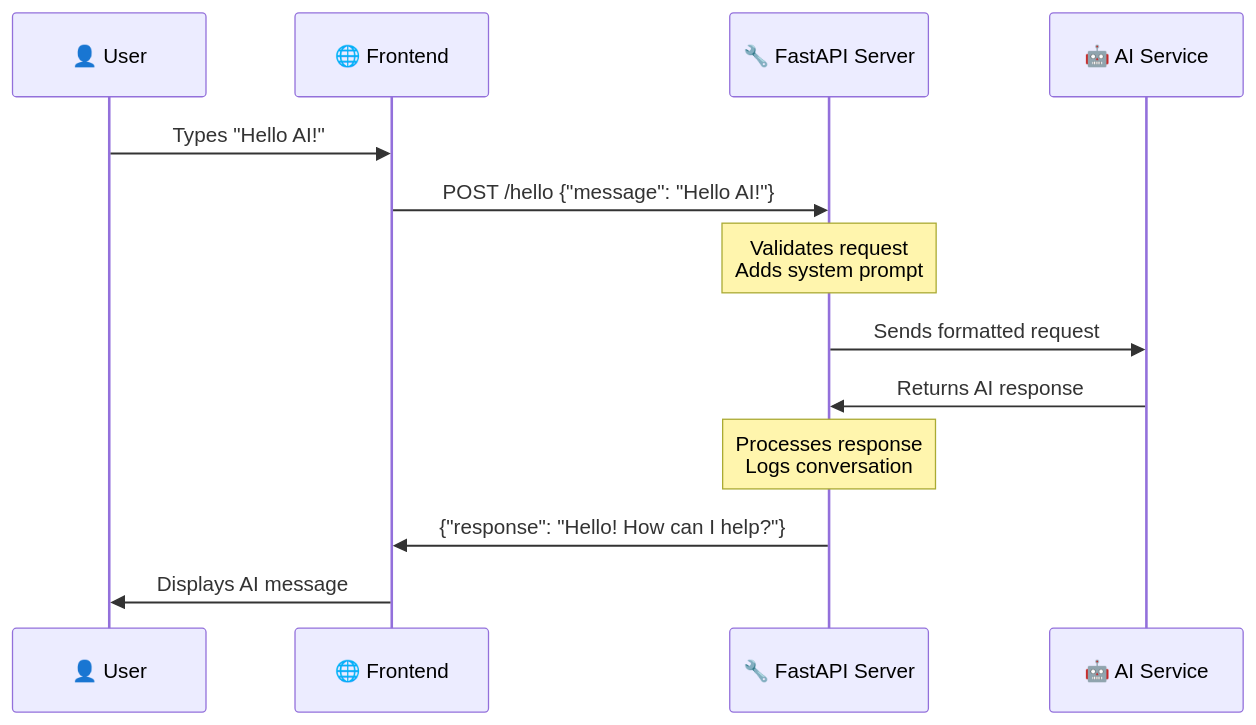
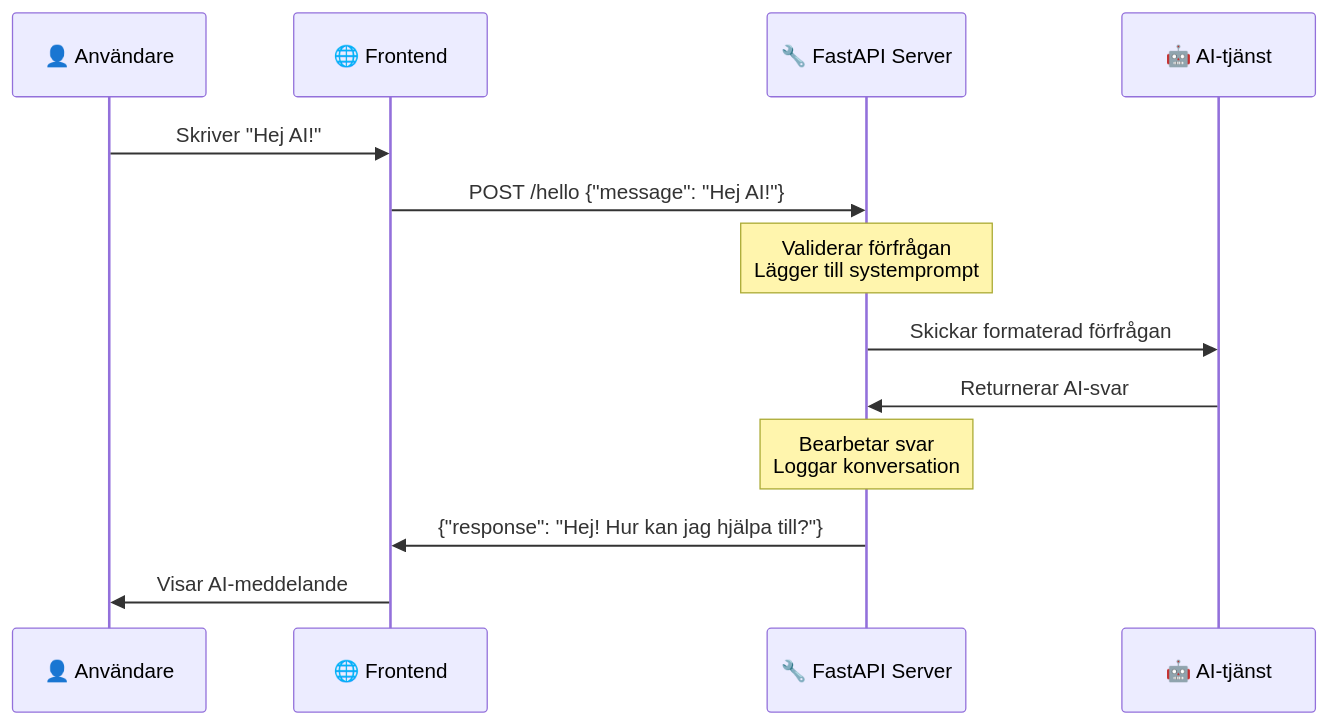
One commit to microsoft/Web-Dev-For-Beginners changed the seventh of 14 diagrams in translations/sv/9-chat-project/README.md. Above: the diagram before and after it, drawn with Mermaid. The commit also changed other lines of this file and 99 other files, not shown here.

````diff
--- a/translations/sv/9-chat-project/README.md
+++ b/translations/sv/9-chat-project/README.md
@@ -493,16 +634,16 @@
 ```mermaid
 sequenceDiagram
-    participant User as 👤 User
+    participant User as 👤 Användare
     participant Frontend as 🌐 Frontend
     participant API as 🔧 FastAPI Server
-    participant AI as 🤖 AI Service
+    participant AI as 🤖 AI-tjänst
     
-    User->>Frontend: Types "Hello AI!"
-    Frontend->>API: POST /hello {"message": "Hello AI!"}
-    Note over API: Validates request<br/>Adds system prompt
-    API->>AI: Sends formatted request
-    AI->>API: Returns AI response
-    Note over API: Processes response<br/>Logs conversation
-    API->>Frontend: {"response": "Hello! How can I help?"}
-    Frontend->>User: Displays AI message
+    User->>Frontend: Skriver "Hej AI!"
+    Frontend->>API: POST /hello {"message": "Hej AI!"}
+    Note over API: Validerar förfrågan<br/>Lägger till systemprompt
+    API->>AI: Skickar formaterad förfrågan
+    AI->>API: Returnerar AI-svar
+    Note over API: Bearbetar svar<br/>Loggar konversation
+    API->>Frontend: {"response": "Hej! Hur kan jag hjälpa till?"}
+    Frontend->>User: Visar AI-meddelande
 ```
````
